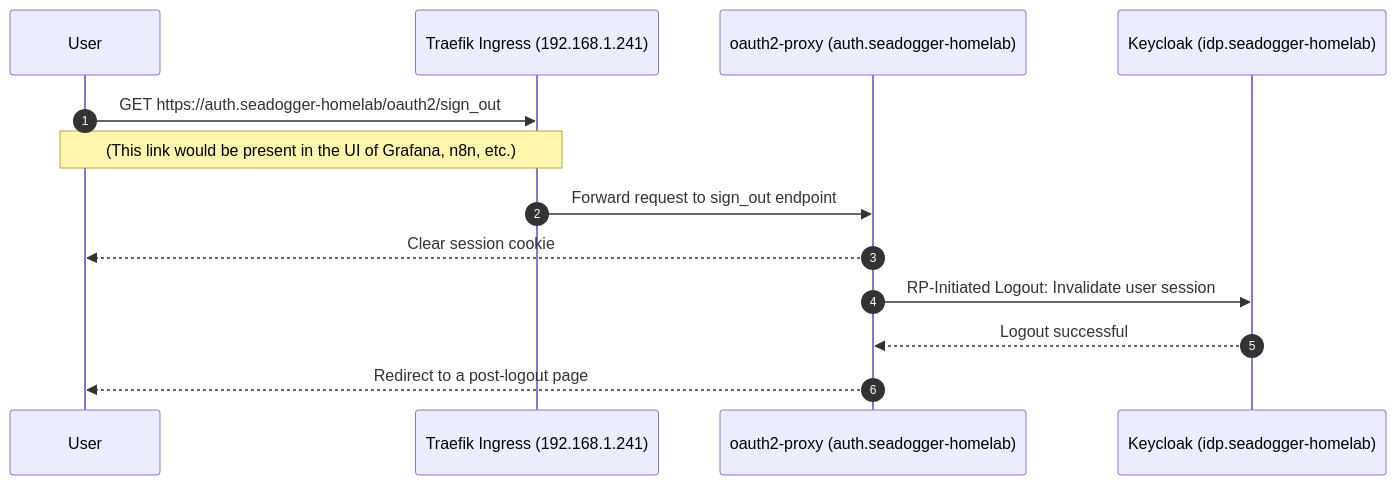
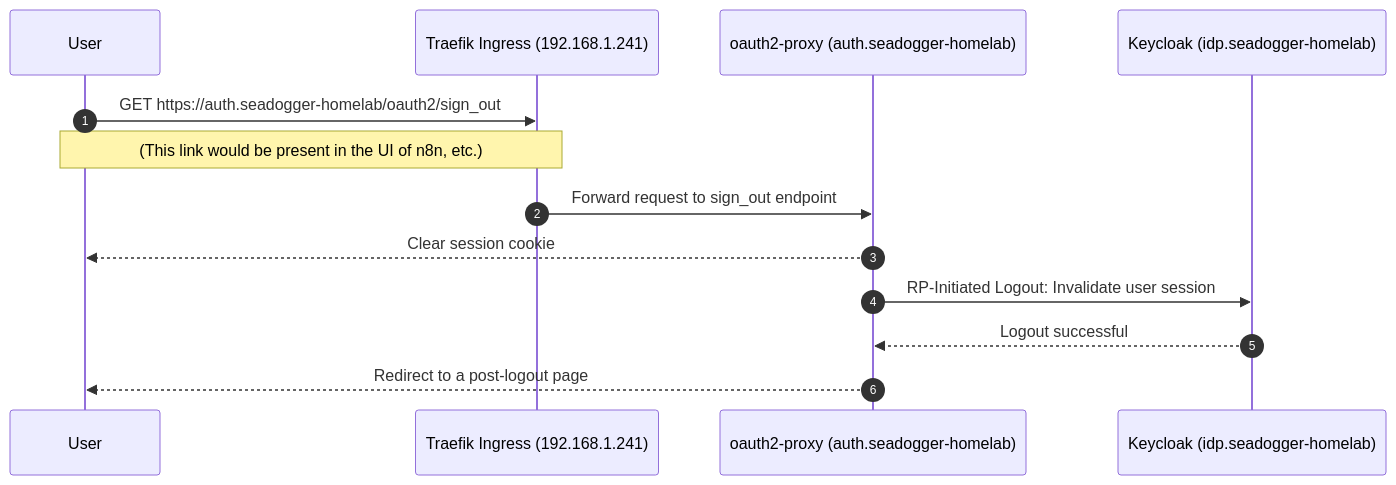
The eighth of 8 diagrams in docs/wiki/08-Security-and-Certificates.md (seadogger-tech/seadogger-homelab), drawn with Mermaid before and after one commit. The commit also changed other lines of this file and 18 other files, not shown here.

````diff
--- a/docs/wiki/08-Security-and-Certificates.md
+++ b/docs/wiki/08-Security-and-Certificates.md
@@ -350,16 +333,16 @@
 ```mermaid
 sequenceDiagram
     autonumber
     participant User
     participant Traefik as Traefik Ingress (192.168.1.241)
     participant OAuth2Proxy as oauth2-proxy (auth.seadogger-homelab)
     participant Keycloak as Keycloak (idp.seadogger-homelab)
 
     User->>Traefik: GET https://auth.seadogger-homelab/oauth2/sign_out
-    Note over User, Traefik: (This link would be present in the UI of Grafana, n8n, etc.)
+    Note over User, Traefik: (This link would be present in the UI of n8n, etc.)
     Traefik->>OAuth2Proxy: Forward request to sign_out endpoint
     OAuth2Proxy-->>User: Clear session cookie
     OAuth2Proxy->>Keycloak: RP-Initiated Logout: Invalidate user session
     Keycloak-->>OAuth2Proxy: Logout successful
     OAuth2Proxy-->>User: Redirect to a post-logout page
 ```
````
